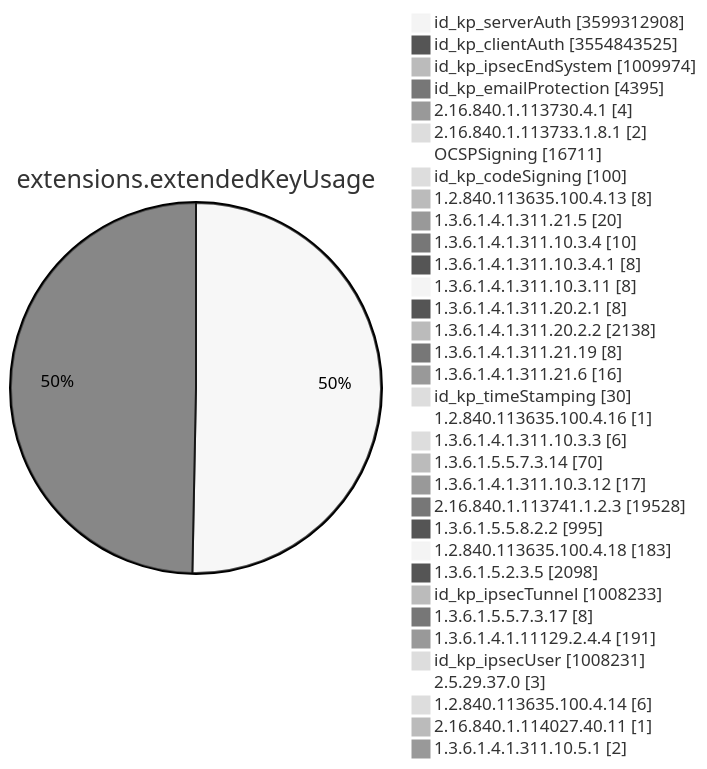
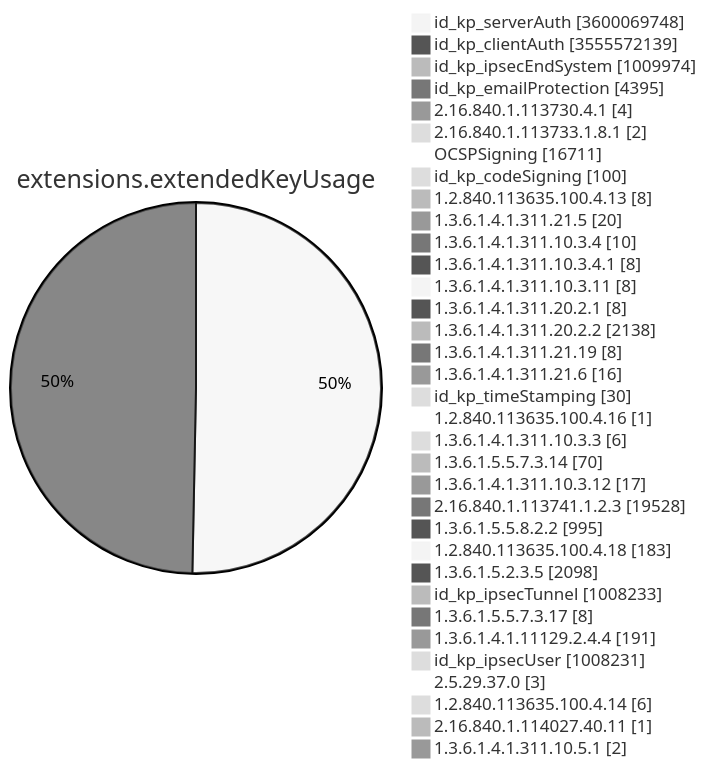
Diagram 11 of 15 in TOTAL/README.md (christiankrug/ctmonitor_visualization), drawn with Mermaid (neutral theme) before and after one commit. The commit also changed other lines of this file, not shown here.

````diff
--- a/TOTAL/README.md
+++ b/TOTAL/README.md
@@ -4129,38 +4129,38 @@
 ```mermaid
 pie showData
 title extensions.extendedKeyUsage
-"id_kp_serverAuth" :3599312908
-"id_kp_clientAuth" :3554843525
+"id_kp_serverAuth" :3600069748
+"id_kp_clientAuth" :3555572139
 "id_kp_ipsecEndSystem" :1009974
 "id_kp_emailProtection" :4395
 "2.16.840.1.113730.4.1" :4
 "2.16.840.1.113733.1.8.1" :2
 "OCSPSigning" :16711
 "id_kp_codeSigning" :100
 "1.2.840.113635.100.4.13" :8
 "1.3.6.1.4.1.311.21.5" :20
 "1.3.6.1.4.1.311.10.3.4" :10
 "1.3.6.1.4.1.311.10.3.4.1" :8
 "1.3.6.1.4.1.311.10.3.11" :8
 "1.3.6.1.4.1.311.20.2.1" :8
 "1.3.6.1.4.1.311.20.2.2" :2138
 "1.3.6.1.4.1.311.21.19" :8
 "1.3.6.1.4.1.311.21.6" :16
 "id_kp_timeStamping" :30
 "1.2.840.113635.100.4.16" :1
 "1.3.6.1.4.1.311.10.3.3" :6
 "1.3.6.1.5.5.7.3.14" :70
 "1.3.6.1.4.1.311.10.3.12" :17
 "2.16.840.1.113741.1.2.3" :19528
 "1.3.6.1.5.5.8.2.2" :995
 "1.2.840.113635.100.4.18" :183
 "1.3.6.1.5.2.3.5" :2098
 "id_kp_ipsecTunnel" :1008233
 "1.3.6.1.5.5.7.3.17" :8
 "1.3.6.1.4.1.11129.2.4.4" :191
 "id_kp_ipsecUser" :1008231
 "2.5.29.37.0" :3
 "1.2.840.113635.100.4.14" :6
 "2.16.840.1.114027.40.11" :1
 "1.3.6.1.4.1.311.10.5.1" :2
 ```
````
